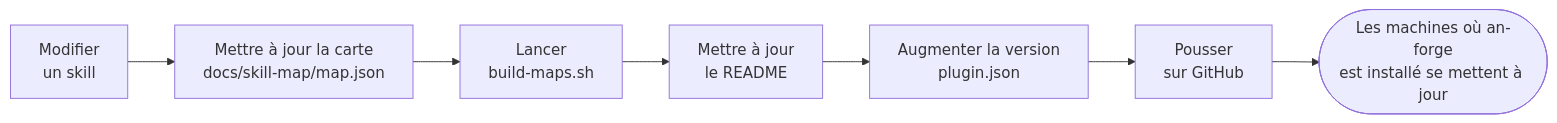
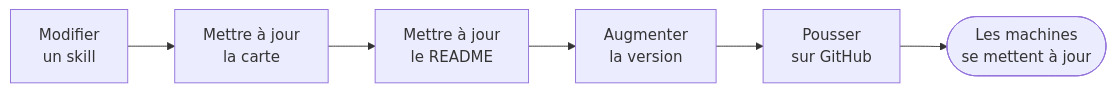
Before and after one commit to arthurnicolas59/an-forge: the seventh of 7 diagrams in README.md, drawn with Mermaid. The commit also changed other lines of this file, not shown here.

````diff
--- a/README.md
+++ b/README.md
@@ -457,9 +388,8 @@
 ```mermaid
 flowchart LR
-    m["Modifier<br/>un skill"] --> carte["Mettre à jour la carte<br/>docs/skill-map/map.json"]
-    carte --> build["Lancer<br/>build-maps.sh"]
-    build --> readme["Mettre à jour<br/>le README"]
-    readme --> v["Augmenter la version<br/>plugin.json"]
+    m["Modifier<br/>un skill"] --> carte["Mettre à jour<br/>la carte"]
+    carte --> readme["Mettre à jour<br/>le README"]
+    readme --> v["Augmenter<br/>la version"]
     v --> push["Pousser<br/>sur GitHub"]
-    push --> machines(["Les machines où an-forge<br/>est installé se mettent à jour"])
+    push --> machines(["Les machines<br/>se mettent à jour"])
 ```
````
